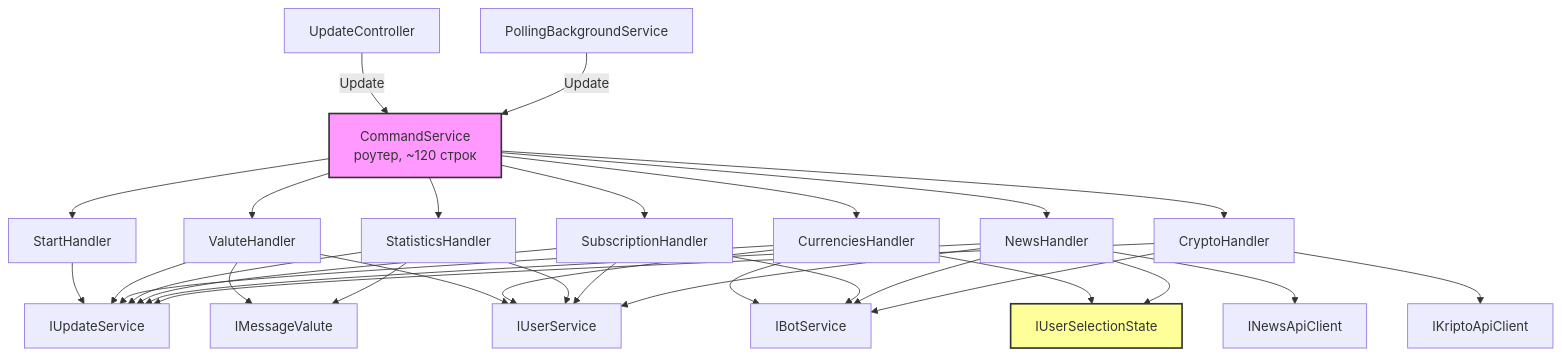
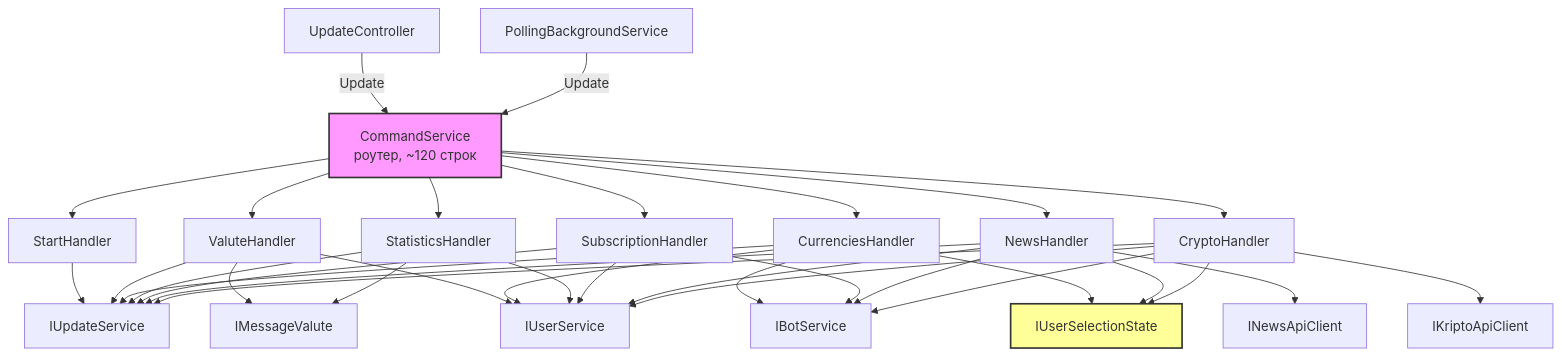
One commit to Jenausmax/ExchangeRates.Api changed the first of 3 diagrams in doc/architect/bot-0025-command-service-decomposition.md. Above: the diagram before and after it, drawn with Mermaid. The commit also changed other lines of this file and 2 other files, not shown here.

````diff
--- a/doc/architect/bot-0025-command-service-decomposition.md
+++ b/doc/architect/bot-0025-command-service-decomposition.md
@@ -25,39 +25,41 @@
 ```mermaid
 graph TB
     UC[UpdateController] -->|Update| CS[CommandService<br/>роутер, ~120 строк]
     PBS[PollingBackgroundService] -->|Update| CS
 
     CS --> SH[StartHandler]
     CS --> VH[ValuteHandler]
     CS --> CH[CurrenciesHandler]
     CS --> STH[StatisticsHandler]
     CS --> SUH[SubscriptionHandler]
     CS --> NH[NewsHandler]
     CS --> CRH[CryptoHandler]
 
     SH --> US[IUpdateService]
     VH --> US
     VH --> MV[IMessageValute]
     VH --> UC2[IUserService]
     CH --> US
     CH --> BS[IBotService]
     CH --> UC2
     CH --> USS[IUserSelectionState]
     STH --> US
     STH --> MV
     STH --> UC2
     SUH --> US
     SUH --> BS
     SUH --> UC2
     NH --> US
     NH --> BS
     NH --> UC2
     NH --> NC[INewsApiClient]
     NH --> USS
     CRH --> US
     CRH --> BS
+    CRH --> UC2
     CRH --> KC[IKriptoApiClient]
+    CRH --> USS
 
     style CS fill:#f9f,stroke:#333,stroke-width:2px
     style USS fill:#ff9,stroke:#333,stroke-width:2px
 ```
````
